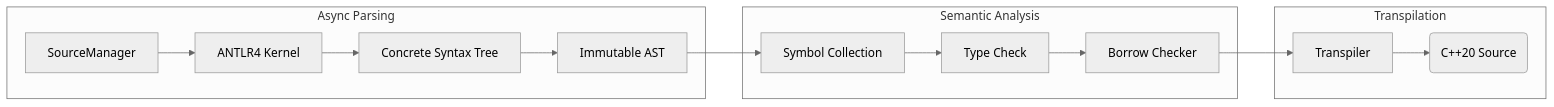
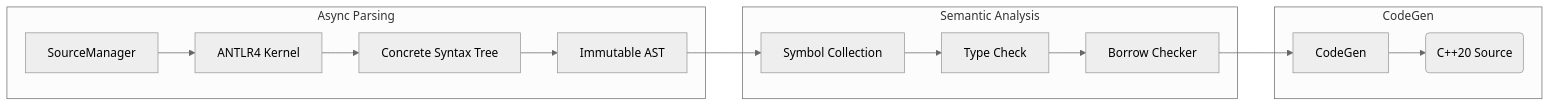
The diagram in reports/week7.md (ZikZhao/Zinc), drawn with Mermaid (neutral theme) before and after one commit. The commit also changed other lines of this file and 3 other files, not shown here.

First line of the commit message:
Add CodeGen visitor; refactor AST and type checker

````diff
--- a/reports/week7.md
+++ b/reports/week7.md
@@ -17,22 +17,22 @@
 ```mermaid
 flowchart LR
 
     subgraph P1 [Async Parsing]
         SM[SourceManager] --> ANTLR[ANTLR4 Kernel]
         ANTLR --> CST[Concrete Syntax Tree]
         CST --> AST[Immutable AST]
     end
 
     subgraph P2 [Semantic Analysis]
         SC[Symbol Collection] --> TC[Type Check]
         BC[Borrow Checker]
         TC --> BC
     end
 
-    subgraph P3 [Transpilation]
-        Transpiler[Transpiler] --> CPP(C++20 Source)
+    subgraph P3 [CodeGen]
+        CodeGen[CodeGen] --> CPP(C++20 Source)
     end
 
     AST --> SC
-    BC --> Transpiler
+    BC --> CodeGen
 ```
````
